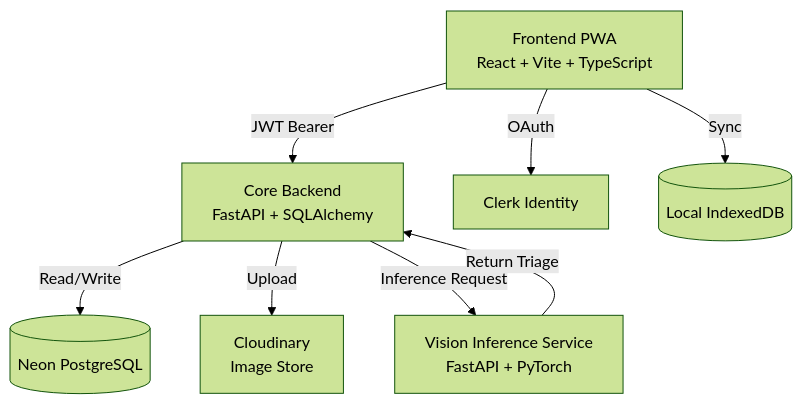
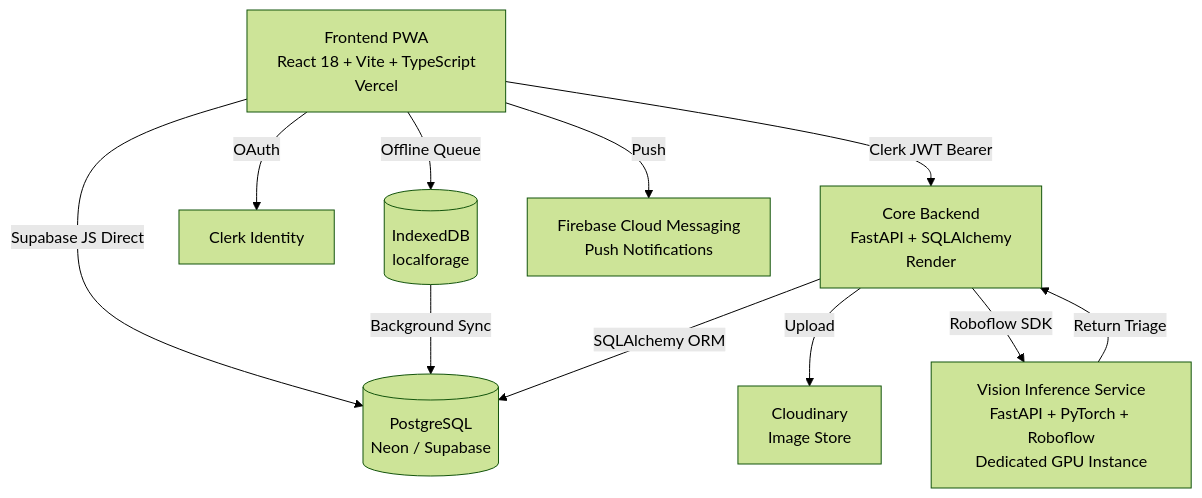
The first of 2 diagrams in README.md (ESSAKKI-RAJA/PAWPHILE---Empowering-Smarter-Dog-Parenting), drawn with Mermaid (forest theme) before and after one commit. The commit also changed other lines of this file and 21 other files, not shown here.

````diff
--- a/README.md
+++ b/README.md
@@ -109,17 +143,22 @@
 ```mermaid
 graph TD
-    Client[Frontend PWA<br/>React + Vite + TypeScript]
-    API[Core Backend<br/>FastAPI + SQLAlchemy]
-    Vision[Vision Inference Service<br/>FastAPI + PyTorch]
-    DB[(Neon PostgreSQL)]
+    Client[Frontend PWA<br/>React 18 + Vite + TypeScript<br/>Vercel]
+    API[Core Backend<br/>FastAPI + SQLAlchemy<br/>Render]
+    Vision[Vision Inference Service<br/>FastAPI + PyTorch + Roboflow<br/>Dedicated GPU Instance]
+    DB[(PostgreSQL<br/>Neon / Supabase)]
     Storage[Cloudinary<br/>Image Store]
     Auth[Clerk Identity]
+    IDB[(IndexedDB<br/>localforage)]
+    FCM[Firebase Cloud Messaging<br/>Push Notifications]
 
-    Client -- JWT Bearer --> API
-    Client -- Sync --> IndexedDB[(Local IndexedDB)]
+    Client -- Clerk JWT Bearer --> API
+    Client -- Supabase JS Direct --> DB
+    Client -- Offline Queue --> IDB
+    IDB -- Background Sync --> DB
     Client -- OAuth --> Auth
-    API -- Read/Write --> DB
+    Client -- Push --> FCM
+    API -- SQLAlchemy ORM --> DB
     API -- Upload --> Storage
-    API -- Inference Request --> Vision
+    API -- Roboflow SDK --> Vision
     Vision -- Return Triage --> API
 ```
````
